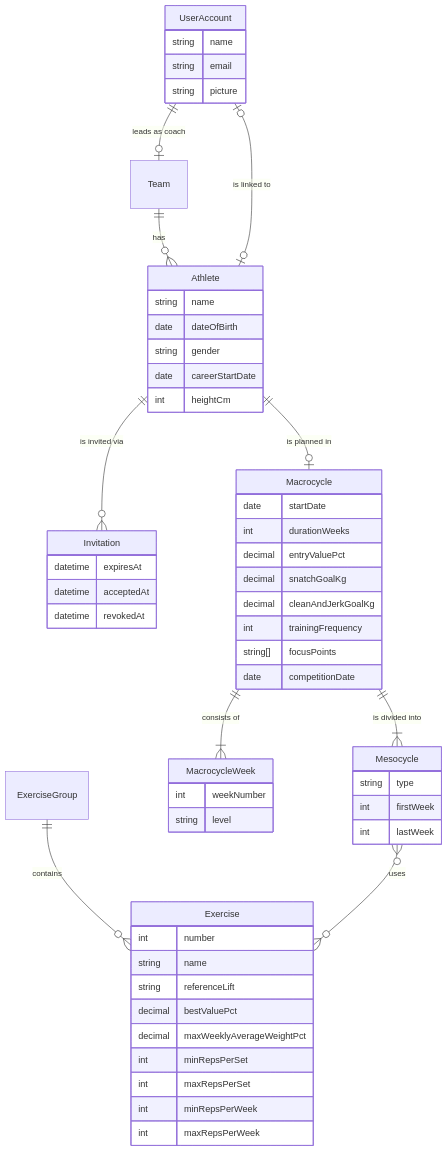
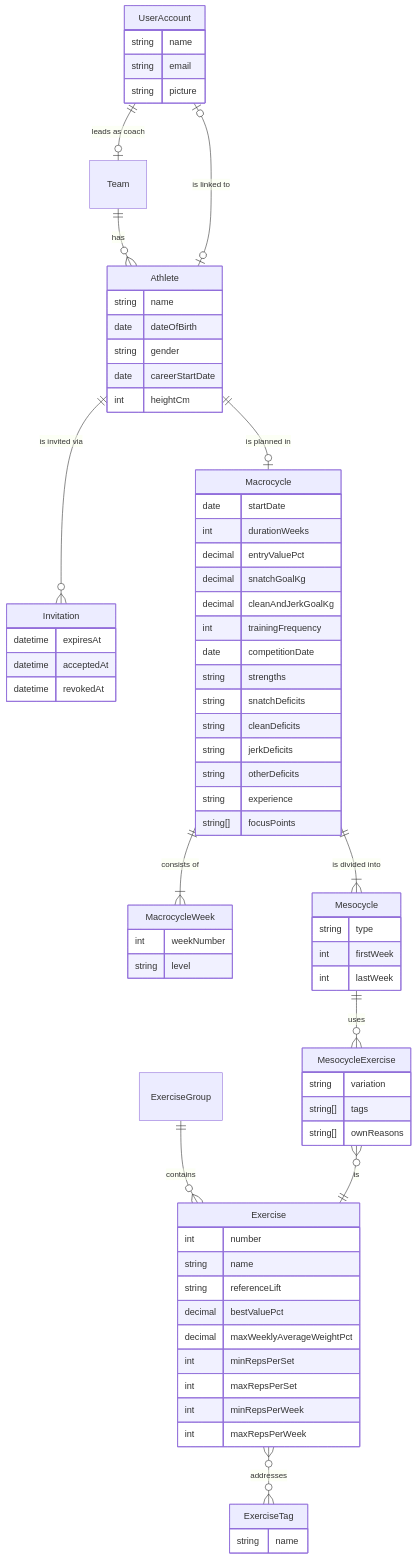
Before and after one commit to simonwesthoff/cool: the diagram in openspec/domain-model.md, drawn with Mermaid. The commit also changed other lines of this file and 12 other files, not shown here.

````diff
--- a/openspec/domain-model.md
+++ b/openspec/domain-model.md
@@ -18,59 +18,75 @@
 ```mermaid
 erDiagram
     UserAccount ||--o| Team : "leads as coach"
     Team ||--o{ Athlete : "has"
     UserAccount |o--o| Athlete : "is linked to"
     Athlete ||--o{ Invitation : "is invited via"
     UserAccount {
         string name
         string email
         string picture
     }
     Athlete {
         string name
         date dateOfBirth
         string gender
         date careerStartDate
         int heightCm
     }
     Invitation {
         datetime expiresAt
         datetime acceptedAt
         datetime revokedAt
     }
     ExerciseGroup ||--o{ Exercise : "contains"
+    Exercise }o--o{ ExerciseTag : "addresses"
     Athlete ||--o| Macrocycle : "is planned in"
     Macrocycle ||--|{ MacrocycleWeek : "consists of"
     Macrocycle ||--|{ Mesocycle : "is divided into"
-    Mesocycle }o--o{ Exercise : "uses"
+    Mesocycle ||--o{ MesocycleExercise : "uses"
+    MesocycleExercise }o--|| Exercise : "is"
     Macrocycle {
         date startDate
         int durationWeeks
         decimal entryValuePct
         decimal snatchGoalKg
         decimal cleanAndJerkGoalKg
         int trainingFrequency
+        date competitionDate
+        string strengths
+        string snatchDeficits
+        string cleanDeficits
+        string jerkDeficits
+        string otherDeficits
+        string experience
         string[] focusPoints
-        date competitionDate
     }
     MacrocycleWeek {
         int weekNumber
         string level
     }
     Mesocycle {
         string type
         int firstWeek
         int lastWeek
+    }
+    MesocycleExercise {
+        string variation
+        string[] tags
+        string[] ownReasons
+    }
+    ExerciseTag {
+        string name
     }
     Exercise {
         int number
         string name
         string referenceLift
         decimal bestValuePct
         decimal maxWeeklyAverageWeightPct
         int minRepsPerSet
         int maxRepsPerSet
         int minRepsPerWeek
         int maxRepsPerWeek
     }
 ```
````
